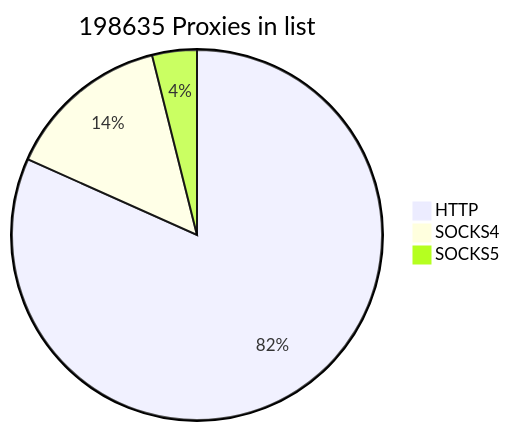
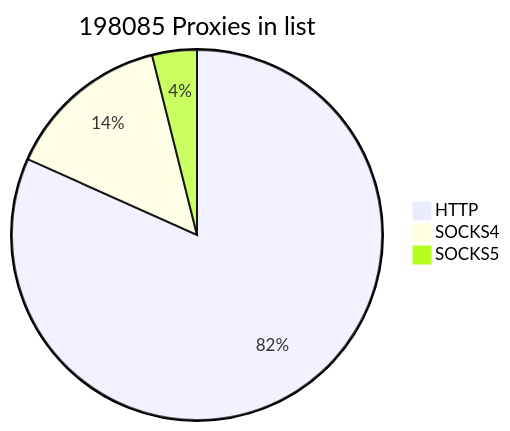
The first of 2 diagrams in README.md (cutipu/proxylist), drawn with Mermaid before and after one commit. The commit also changed other lines of this file, not shown here.

````diff
--- a/README.md
+++ b/README.md
@@ -2,7 +2,7 @@
 ```mermaid
-pie title 198635 Proxies in list
-    "HTTP" : 162284
-    "SOCKS4" : 28603
-    "SOCKS5" : 7748
+pie title 198085 Proxies in list
+    "HTTP" : 161846
+    "SOCKS4" : 28514
+    "SOCKS5" : 7725
             
 ```
````
